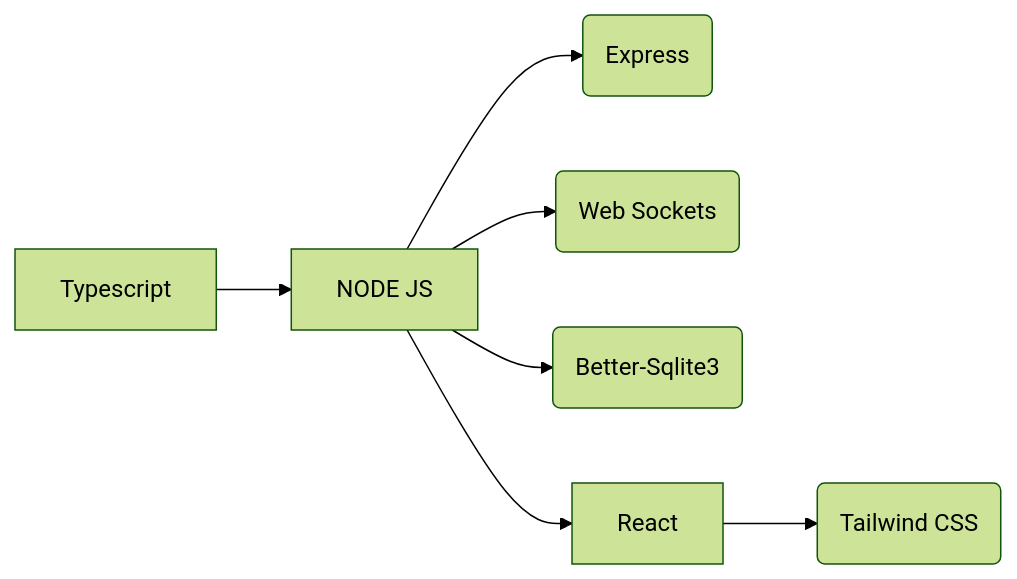
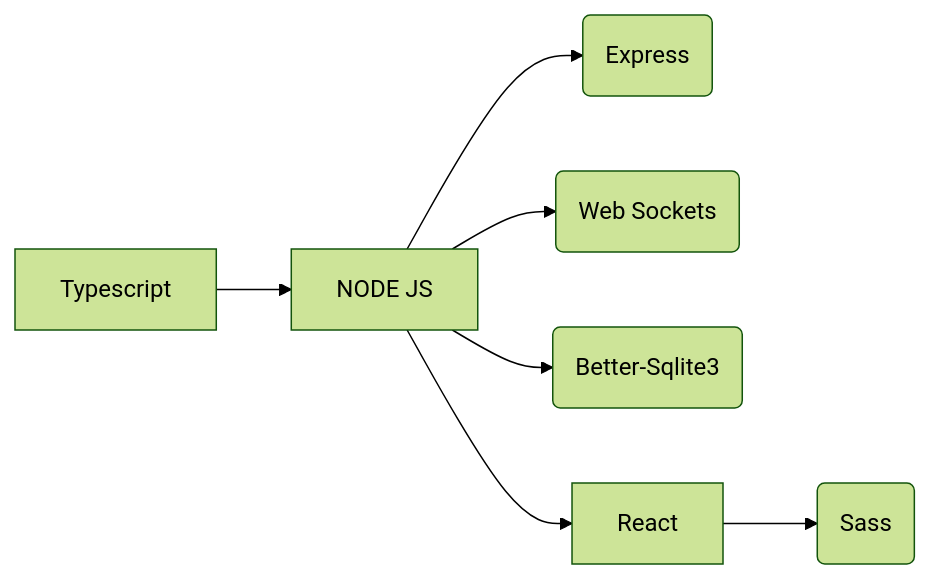
One commit to LucasBarberisPerez/custom-vote-system changed the diagram in README.md. Above: the diagram before and after it, drawn with Mermaid (forest theme). The commit also changed 1 other file, not shown here.

Commit message:
fixed mistake in link to demo, fix the README.md "changed tailwind to sass".

````diff
--- a/README.md
+++ b/README.md
@@ -5,11 +5,11 @@
 ```mermaid
 graph LR
 A[NODE JS]
 A --> C(Express)
 A --> D(Web Sockets)
 A --> G(Better-Sqlite3)
 A --> B
 B[React]
-B --> E(Tailwind CSS)
+B --> E(Sass)
 F[Typescript] --> A
 ```
````
